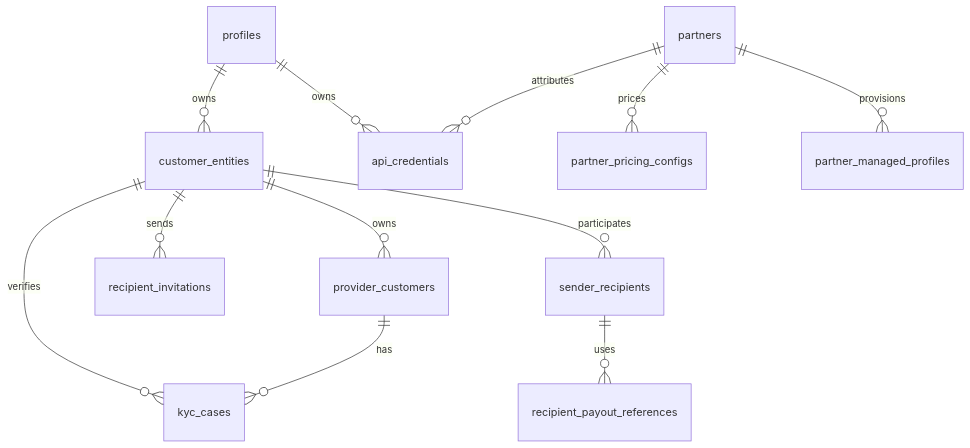
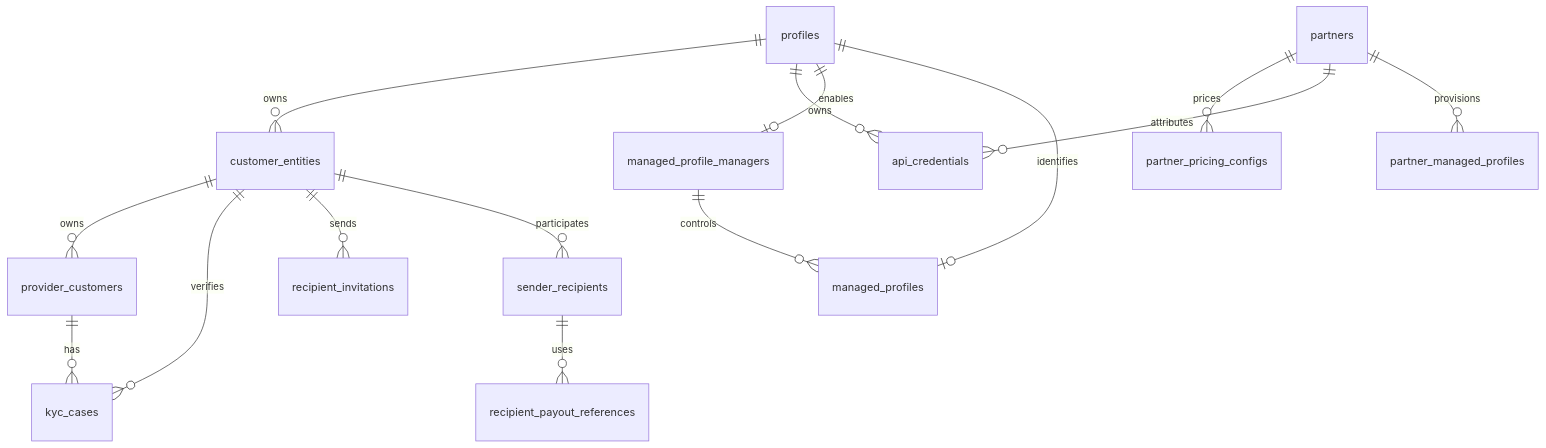
The diagram in docs/architecture-identity-model.md (pendulum-chain/vortex), drawn with Mermaid before and after one commit. The commit also changed other lines of this file and 15 other files, not shown here.

Commit message:
feat(api): add managed profile schema

````diff
--- a/docs/architecture-identity-model.md
+++ b/docs/architecture-identity-model.md
@@ -22,14 +22,17 @@
 ```mermaid
 erDiagram
     profiles ||--o{ customer_entities : owns
     profiles ||--o{ api_credentials : owns
     customer_entities ||--o{ provider_customers : owns
     customer_entities ||--o{ kyc_cases : verifies
     provider_customers ||--o{ kyc_cases : has
     partners ||--o{ partner_pricing_configs : prices
     partners ||--o{ api_credentials : attributes
     partners ||--o{ partner_managed_profiles : provisions
+    profiles ||--o| managed_profile_managers : enables
+    managed_profile_managers ||--o{ managed_profiles : controls
+    profiles ||--o| managed_profiles : identifies
     customer_entities ||--o{ recipient_invitations : sends
     customer_entities ||--o{ sender_recipients : participates
     sender_recipients ||--o{ recipient_payout_references : uses
 ```
````
